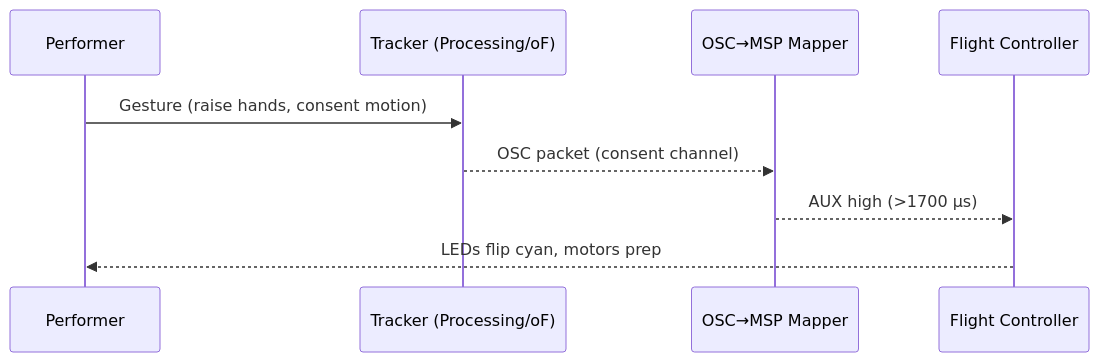
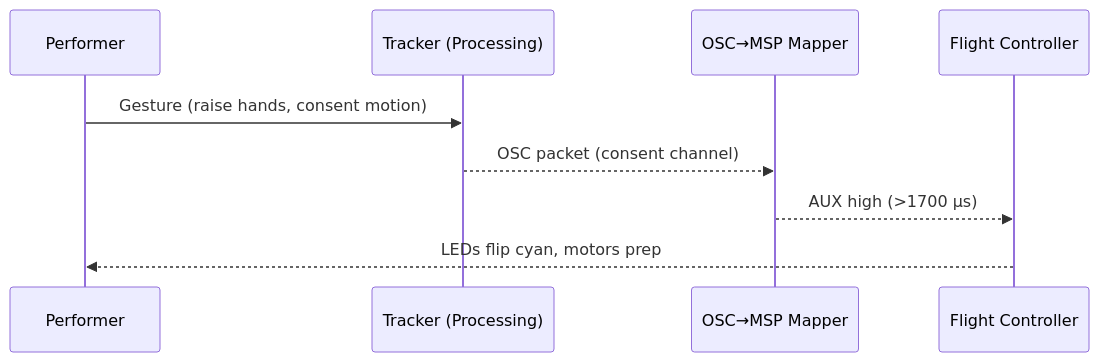
Before and after one commit to bseverns/perceptual-drift: the second of 3 diagrams in docs/onboarding/README.md, drawn with Mermaid. The commit also changed other lines of this file and 2 other files, not shown here.

Commit message:
Switch vision docs to Processing tracker

````diff
--- a/docs/onboarding/README.md
+++ b/docs/onboarding/README.md
@@ -58,12 +60,12 @@
 ```mermaid
 sequenceDiagram
     participant Performer
-    participant Tracker as Tracker (Processing/oF)
+    participant Tracker as Tracker (Processing)
     participant Mapper as OSC→MSP Mapper
     participant FC as Flight Controller
 
     Performer->>Tracker: Gesture (raise hands, consent motion)
     Tracker-->>Mapper: OSC packet (consent channel)
     Mapper-->>FC: AUX high (>1700 µs)
     FC-->>Performer: LEDs flip cyan, motors prep
 ```
````
